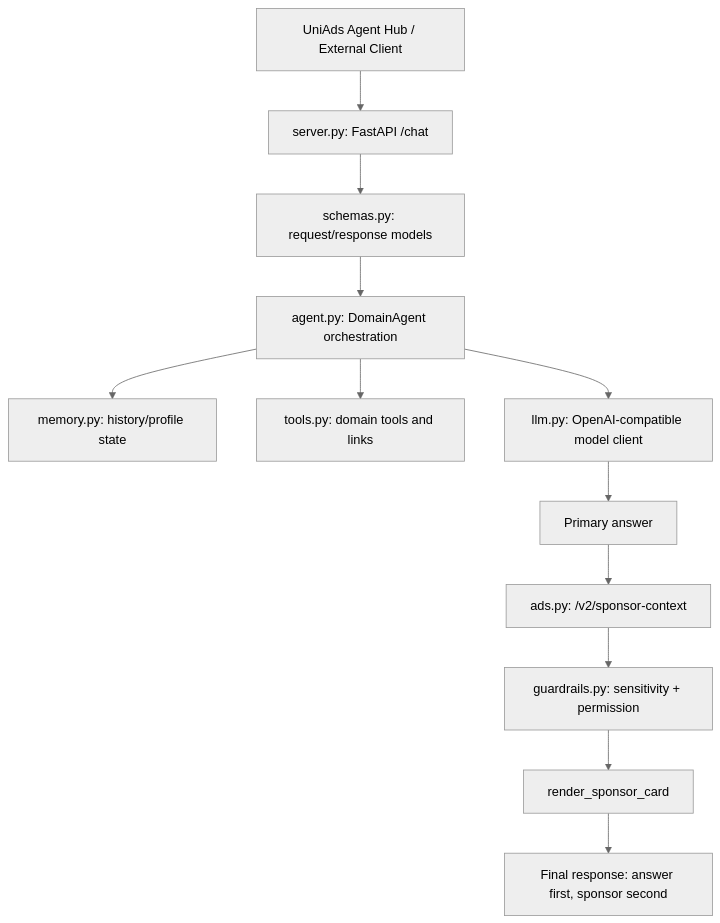
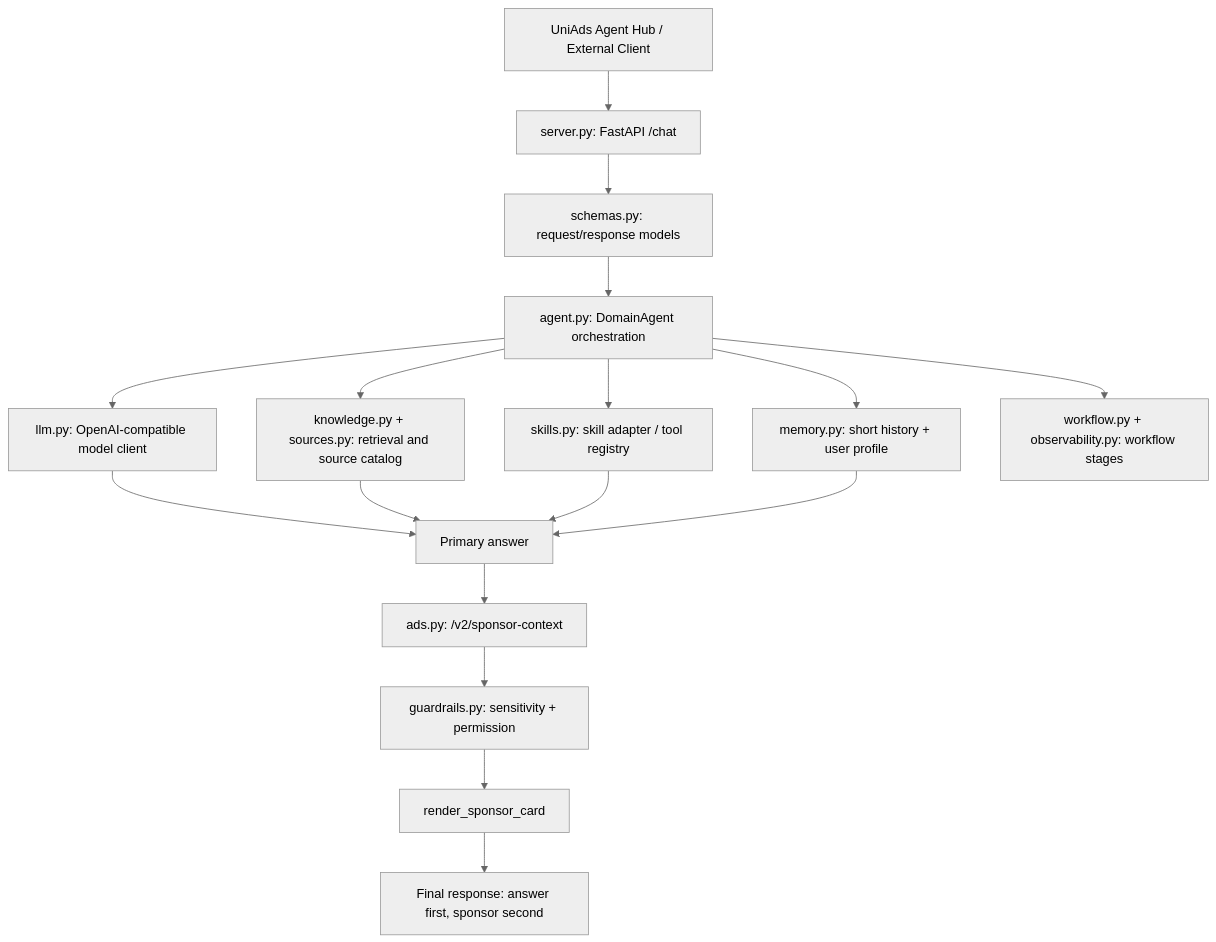
One commit to seniordriver233/Uni-Agent-Template changed the diagram in docs/ARCHITECTURE.md. Above: the diagram before and after it, drawn with Mermaid (neutral theme). The commit also changed other lines of this file and 14 other files, not shown here.

````diff
--- a/docs/ARCHITECTURE.md
+++ b/docs/ARCHITECTURE.md
@@ -7,14 +7,19 @@
 ```mermaid
 flowchart TD
     Hub["UniAds Agent Hub / External Client"] --> API["server.py: FastAPI /chat"]
     API --> Schema["schemas.py: request/response models"]
     Schema --> Agent["agent.py: DomainAgent orchestration"]
-    Agent --> Memory["memory.py: history/profile state"]
-    Agent --> Tools["tools.py: domain tools and links"]
+    Agent --> Profile["memory.py: short history + user profile"]
+    Agent --> Knowledge["knowledge.py + sources.py: retrieval and source catalog"]
+    Agent --> Skills["skills.py: skill adapter / tool registry"]
     Agent --> LLM["llm.py: OpenAI-compatible model client"]
+    Agent --> Trace["workflow.py + observability.py: workflow stages"]
     LLM --> Primary["Primary answer"]
+    Knowledge --> Primary
+    Skills --> Primary
+    Profile --> Primary
     Primary --> UniAds["ads.py: /v2/sponsor-context"]
     UniAds --> Guardrails["guardrails.py: sensitivity + permission"]
     Guardrails --> Render["render_sponsor_card"]
     Render --> Final["Final response: answer first, sponsor second"]
 ```
````
